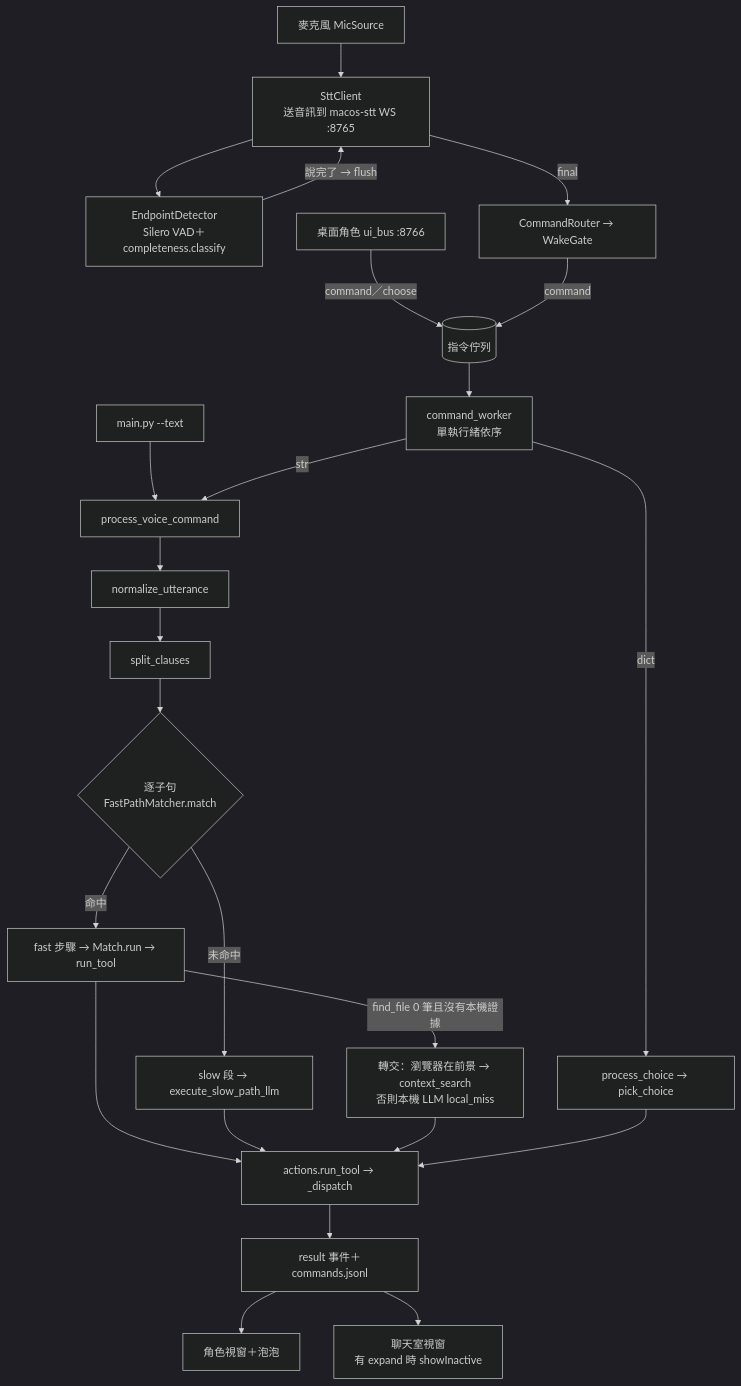
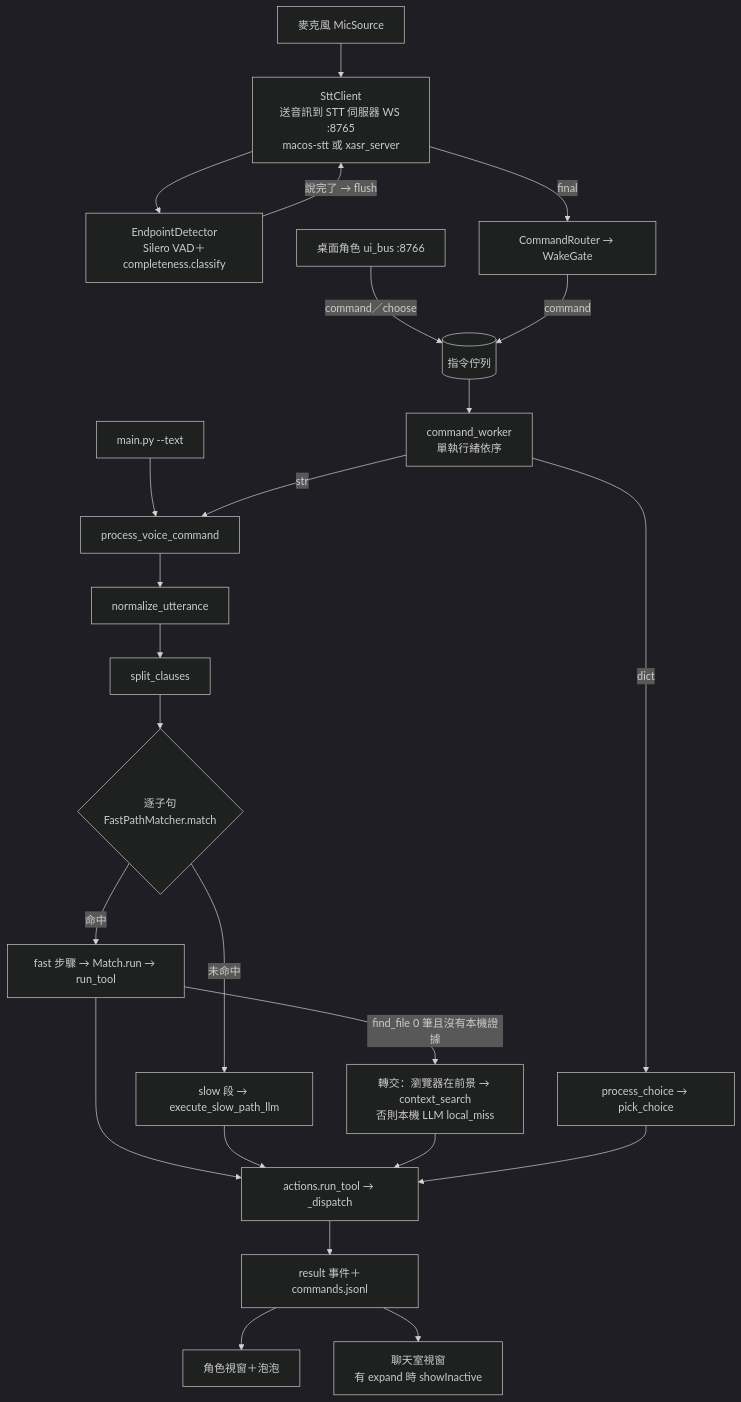
The first of 2 diagrams in docs/flows/main-flow.md (young878787/mac_ai_control), drawn with Mermaid (dark theme) before and after one commit. The commit also changed other lines of this file and 6 other files, not shown here.

````diff
--- a/docs/flows/main-flow.md
+++ b/docs/flows/main-flow.md
@@ -5,21 +5,21 @@
 ```mermaid
 flowchart TD
-    Mic[麥克風 MicSource] --> Stt[SttClient<br/>送音訊到 macos-stt WS :8765]
+    Mic[麥克風 MicSource] --> Stt[SttClient<br/>送音訊到 STT 伺服器 WS :8765<br/>macos-stt 或 xasr_server]
     Stt --> Ep[EndpointDetector<br/>Silero VAD＋completeness.classify]
     Ep -- 說完了 → flush --> Stt
     Stt -- final --> Router[CommandRouter → WakeGate]
     UI[桌面角色 ui_bus :8766] -- command／choose --> Q
     Router -- command --> Q[(指令佇列)]
     CLI[main.py --text] --> PVC
     Q --> W[command_worker<br/>單執行緒依序]
     W -- str --> PVC[process_voice_command]
     W -- dict --> Choice[process_choice → pick_choice]
     PVC --> Norm[normalize_utterance] --> Split[split_clauses] --> Match{逐子句<br/>FastPathMatcher.match}
     Match -- 命中 --> Fast[fast 步驟 → Match.run → run_tool]
     Match -- 未命中 --> Slow[slow 段 → execute_slow_path_llm]
     Fast -- find_file 0 筆且沒有本機證據 --> Esc[轉交：瀏覽器在前景 → context_search<br/>否則本機 LLM local_miss]
     Fast & Slow & Esc & Choice --> Run[actions.run_tool → _dispatch]
     Run --> Res[result 事件＋commands.jsonl]
     Res --> Role[角色視窗＋泡泡]
     Res --> Chat[聊天室視窗<br/>有 expand 時 showInactive]
 ```
````
